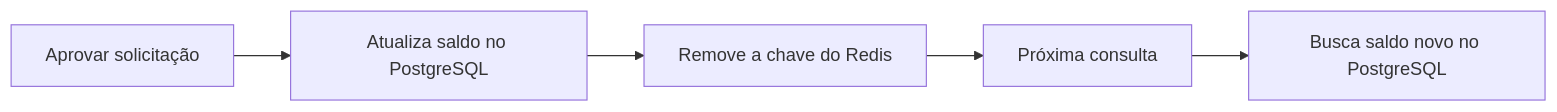
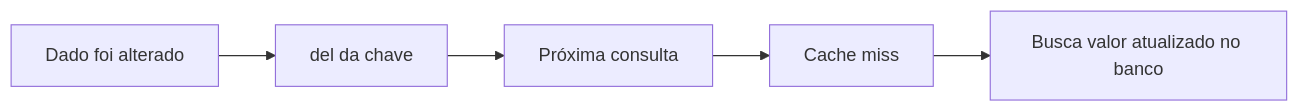
Before and after one commit to luciano-alexandre/sistemas-corporativos: the sixth of 6 diagrams in docs/encontros/encontro-25.md, drawn with Mermaid. The commit also changed other lines of this file and 2 other files, not shown here.

````diff
--- a/docs/encontros/encontro-25.md
+++ b/docs/encontros/encontro-25.md
@@ -594,7 +513,7 @@
 ```mermaid
 flowchart LR
-    A["Aprovar solicitação"] --> P["Atualiza saldo no PostgreSQL"]
-    P --> I["Remove a chave do Redis"]
-    I --> Q["Próxima consulta"]
-    Q --> N["Busca saldo novo no PostgreSQL"]
+    U["Dado foi alterado"] --> D["del da chave"]
+    D --> Q["Próxima consulta"]
+    Q --> M["Cache miss"]
+    M --> B["Busca valor atualizado no banco"]
 ```
````
